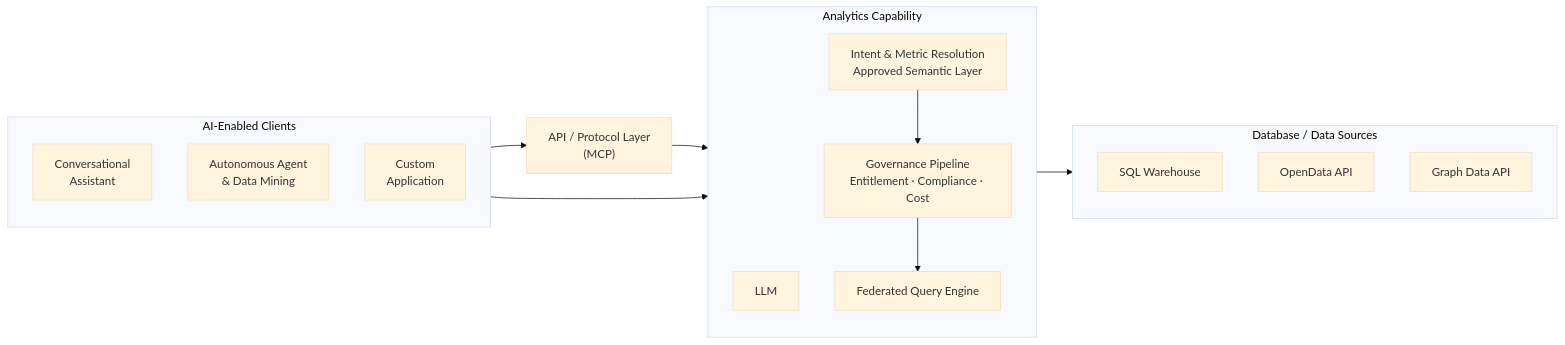
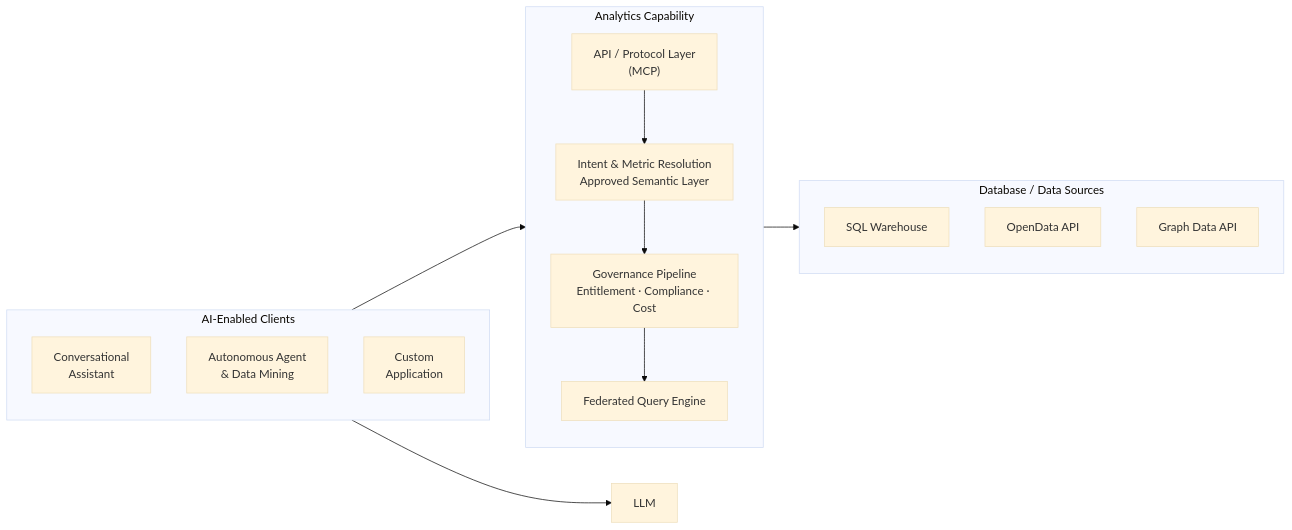
The second of 2 diagrams in docs/product/analytics/00-overview.md (M-A-Operating-System/shared-work), drawn with Mermaid (base theme) before and after one commit.

````diff
--- a/docs/product/analytics/00-overview.md
+++ b/docs/product/analytics/00-overview.md
@@ -139,30 +139,29 @@
 ```mermaid
 flowchart LR
     subgraph clients["AI-Enabled Clients"]
         direction TB
         C1["Conversational\nAssistant"]
         C2["Autonomous Agent\n& Data Mining"]
         C3["Custom\nApplication"]
     end
-
-    M["API / Protocol Layer\n(MCP)"]
+    L["LLM"]
     subgraph platform["Analytics Capability"]
         direction TB
-        L["LLM"]
+       M["API / Protocol Layer\n(MCP)"]
         P1["Intent & Metric Resolution\nApproved Semantic Layer"]
         P2["Governance Pipeline\nEntitlement · Compliance · Cost"]
         P3["Federated Query Engine"]
     end
     subgraph data["Database / Data Sources"]
         direction TB
         D1["SQL Warehouse"]
         D2["OpenData API"]
         D3["Graph Data API"]
     end
     clients --> platform
-    clients --> M
+    clients --> L
     M --> P1
     P1 --> P2
     P2 --> P3
     platform --> data
 ```
````
